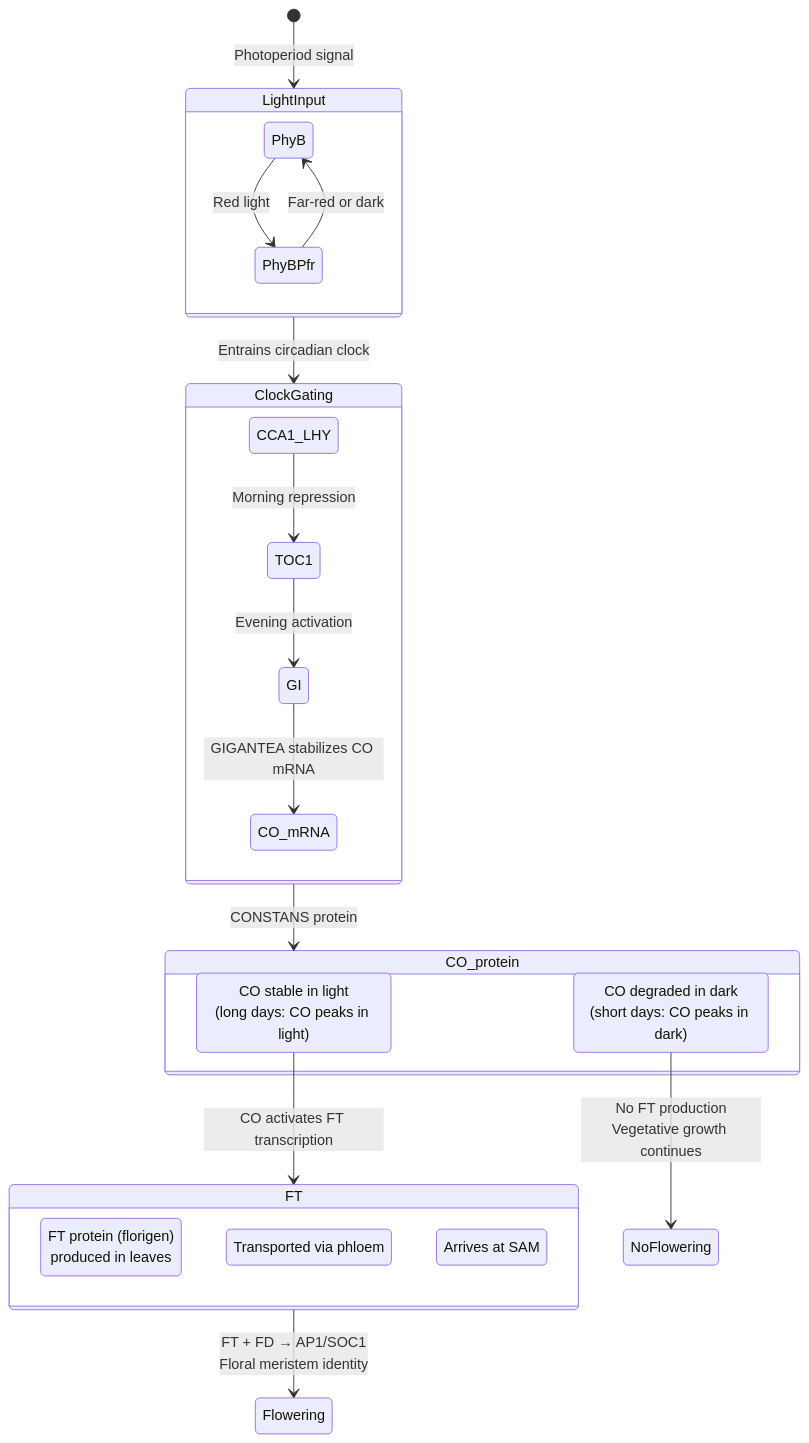
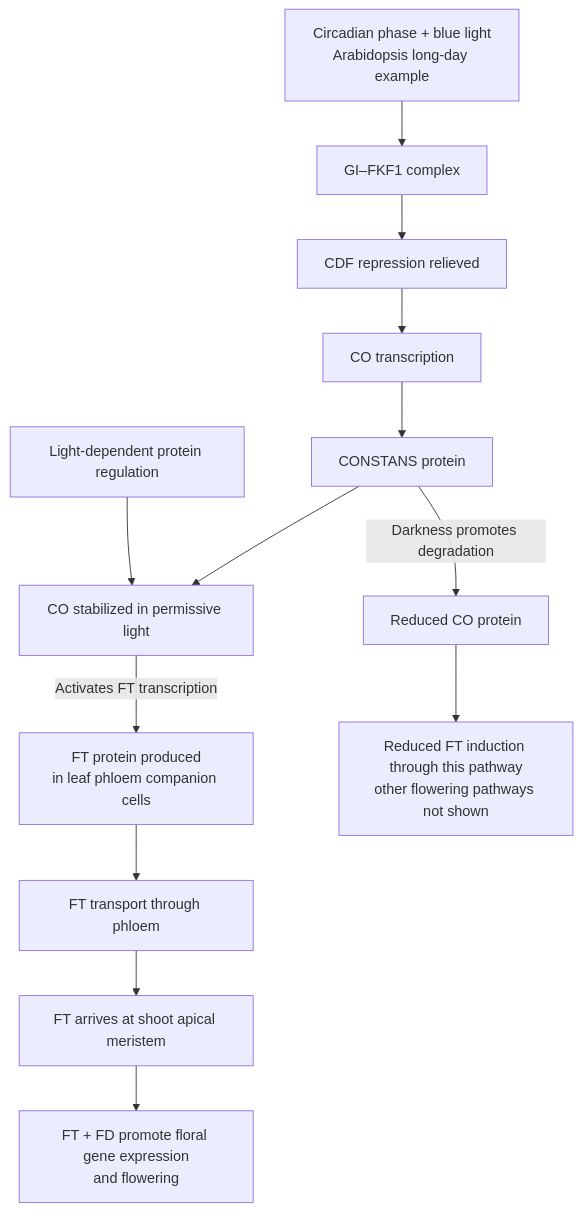
Before and after one commit to docxology/biology_textbook: the third of 4 diagrams in docs/manuscript/unit_VIII/plant_responses.md, drawn with Mermaid. The commit also changed other lines of this file and 444 other files, not shown here.

````diff
--- a/docs/manuscript/unit_VIII/plant_responses.md
+++ b/docs/manuscript/unit_VIII/plant_responses.md
@@ -422,36 +414,15 @@
 ```mermaid
-stateDiagram-v2
-    [*] --> LightInput: Photoperiod signal
-
-    state LightInput {
-        PhyB --> PhyBPfr: Red light
-        PhyBPfr --> PhyB: Far-red or dark
-    }
-
-    LightInput --> ClockGating: Entrains circadian clock
-
-    state ClockGating {
-        CCA1_LHY --> TOC1: Morning repression
-        TOC1 --> GI: Evening activation
-        GI --> CO_mRNA: GIGANTEA stabilizes CO mRNA
-    }
-
-    ClockGating --> CO_protein: CONSTANS protein
-
-    state CO_protein {
-        CO_stable: CO stable in light<br/>(long days: CO peaks in light)
-        CO_degraded: CO degraded in dark<br/>(short days: CO peaks in dark)
-    }
-
-    CO_stable --> FT: CO activates FT transcription
-
-    state FT {
-        FT_leaf: FT protein (florigen)<br/>produced in leaves
-        FT_phloem: Transported via phloem
-        FT_SAM: Arrives at SAM
-    }
-
-    FT --> Flowering: FT + FD → AP1/SOC1<br/>Floral meristem identity
-
-    CO_degraded --> NoFlowering: No FT production<br/>Vegetative growth continues
+flowchart TD
+    Phase["Circadian phase + blue light<br/>Arabidopsis long-day example"] --> Complex["GI–FKF1 complex"]
+    Complex --> CDF["CDF repression relieved"]
+    CDF --> CO_mRNA["CO transcription"]
+    CO_mRNA --> CO_protein["CONSTANS protein"]
+    Light["Light-dependent protein regulation"] --> CO_stable["CO stabilized in permissive light"]
+    CO_protein --> CO_stable
+    CO_protein -->|"Darkness promotes degradation"| CO_degraded["Reduced CO protein"]
+    CO_stable -->|"Activates FT transcription"| FT_leaf["FT protein produced<br/>in leaf phloem companion cells"]
+    FT_leaf --> FT_phloem["FT transport through phloem"]
+    FT_phloem --> FT_SAM["FT arrives at shoot apical meristem"]
+    FT_SAM --> Flowering["FT + FD promote floral gene expression<br/>and flowering"]
+    CO_degraded --> NoFlowering["Reduced FT induction through this pathway<br/>other flowering pathways not shown"]
 ```
````
